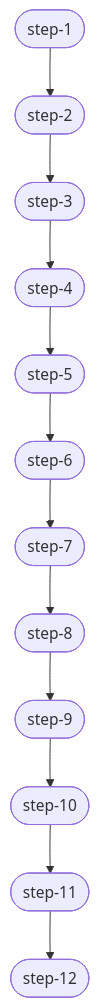
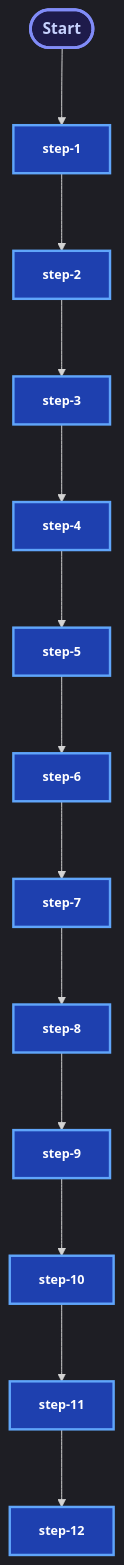
The diagram in packages/cc-skills-meta/skills/doc-compiler/diagrams/diagram-primary.mmd (EndUser123/search-research), drawn with Mermaid before and after one commit. The commit also changed 9 other files, not shown here.

```diff
--- a/packages/cc-skills-meta/skills/doc-compiler/diagrams/diagram-primary.mmd
+++ b/packages/cc-skills-meta/skills/doc-compiler/diagrams/diagram-primary.mmd
@@ -1,25 +1,45 @@
+%%{ init: { 'theme': 'dark', 'flowchart': { 'curve': 'basis', 'nodeSpacing': 60, 'rankSpacing': 80 }, 'htmlLabels': true } }%%
 flowchart TD
-    %% Nodes
-    step_1([step-1])
-    step_2([step-2])
-    step_3([step-3])
-    step_4([step-4])
-    step_5([step-5])
-    step_6([step-6])
-    step_7([step-7])
-    step_8([step-8])
-    step_9([step-9])
-    step_10([step-10])
-    step_11([step-11])
-    step_12([step-12])
-    step_1 --> step_2
-    step_2 --> step_3
-    step_3 --> step_4
-    step_4 --> step_5
-    step_5 --> step_6
-    step_6 --> step_7
-    step_7 --> step_8
-    step_8 --> step_9
-    step_9 --> step_10
-    step_10 --> step_11
-    step_11 --> step_12
+classDef step     fill:#1e40af,stroke:#60a5fa,stroke-width:2.5px,color:#ffffff,font-size:13px,font-weight:600
+classDef gate     fill:#92400e,stroke:#fbbf24,stroke-width:3px,color:#fef3c7,font-weight:700
+classDef terminal fill:#059669,stroke:#10b981,stroke-width:3px,color:#ffffff,font-weight:700
+classDef routeout fill:#7c3aed,stroke:#c084fc,stroke-width:2px,color:#ede9fe,font-style:italic
+classDef start    fill:#1e1b4b,stroke:#818cf8,stroke-width:3px,color:#c7d2fe,font-weight:700
+START([Start])
+class START start
+step_1["step-1"]
+class step_1 step
+step_2["step-2"]
+class step_2 step
+step_3["step-3"]
+class step_3 step
+step_4["step-4"]
+class step_4 step
+step_5["step-5"]
+class step_5 step
+step_6["step-6"]
+class step_6 step
+step_7["step-7"]
+class step_7 step
+step_8["step-8"]
+class step_8 step
+step_9["step-9"]
+class step_9 step
+step_10["step-10"]
+class step_10 step
+step_11["step-11"]
+class step_11 step
+step_12["step-12"]
+class step_12 step
+START --> step_1
+step_1 --> step_2
+step_2 --> step_3
+step_3 --> step_4
+step_4 --> step_5
+step_5 --> step_6
+step_6 --> step_7
+step_7 --> step_8
+step_8 --> step_9
+step_9 --> step_10
+step_10 --> step_11
+step_11 --> step_12
```
